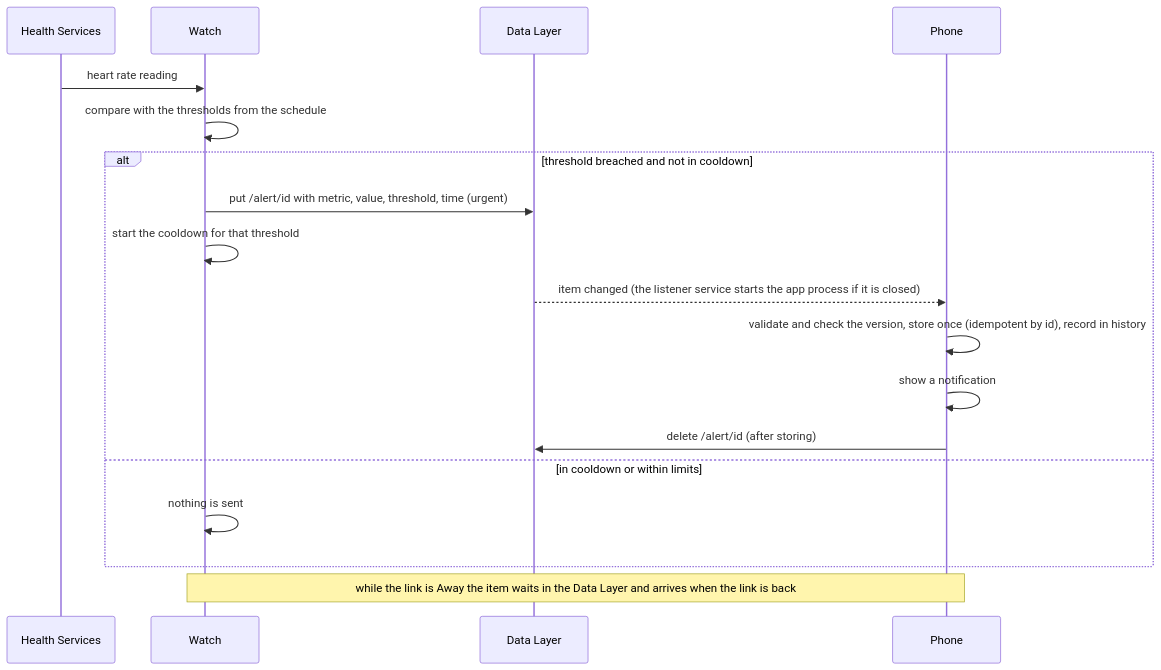
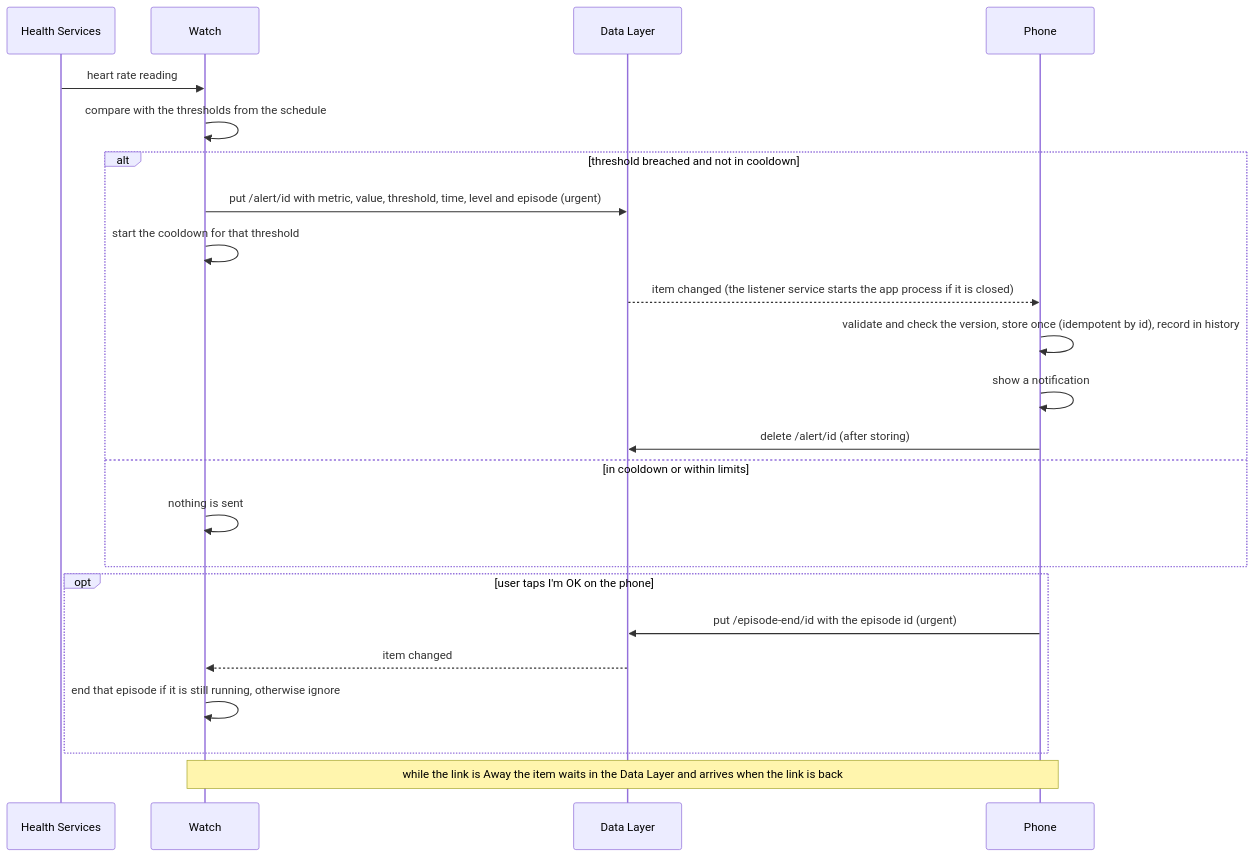
The sixth of 6 diagrams in docs/protocol.md (shlomoa/my-adhd-pal), drawn with Mermaid before and after one commit. The commit also changed other lines of this file and 9 other files, not shown here.

First line of the commit message:
Protocol 1.2: alert level and episode, relative threshold, end of episode, watch status (issue 168)

````diff
--- a/docs/protocol.md
+++ b/docs/protocol.md
@@ -281,20 +296,25 @@
 ```mermaid
 sequenceDiagram
     participant H as Health Services
     participant W as Watch
     participant D as Data Layer
     participant P as Phone
     H->>W: heart rate reading
     W->>W: compare with the thresholds from the schedule
     alt threshold breached and not in cooldown
-        W->>D: put /alert/id with metric, value, threshold, time (urgent)
+        W->>D: put /alert/id with metric, value, threshold, time, level and episode (urgent)
         W->>W: start the cooldown for that threshold
         D-->>P: item changed (the listener service starts the app process if it is closed)
         P->>P: validate and check the version, store once (idempotent by id), record in history
         P->>P: show a notification
         P->>D: delete /alert/id (after storing)
     else in cooldown or within limits
         W->>W: nothing is sent
     end
+    opt user taps I'm OK on the phone
+        P->>D: put /episode-end/id with the episode id (urgent)
+        D-->>W: item changed
+        W->>W: end that episode if it is still running, otherwise ignore
+    end
     Note over W,P: while the link is Away the item waits in the Data Layer and arrives when the link is back
 ```
````
